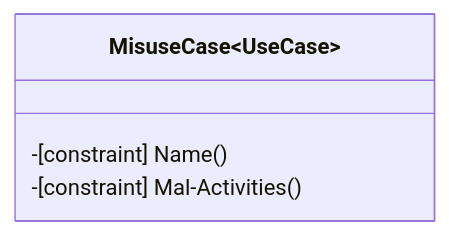
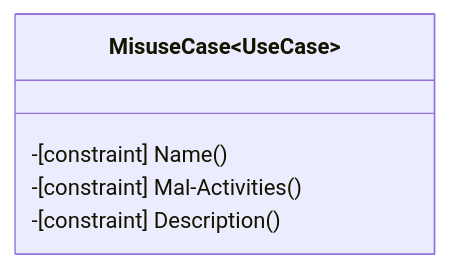
The fourth of 49 diagrams in Documentation/stereotypes.md (stuartfowler/CEMT), drawn with Mermaid before and after one commit. The commit also changed other lines of this file and 12 other files, not shown here.

````diff
--- a/Documentation/stereotypes.md
+++ b/Documentation/stereotypes.md
@@ -43,8 +43,9 @@
 ```mermaid
     classDiagram
         class MisuseCase~UseCase~ {      
             -[constraint] Name()
             -[constraint] Mal-Activities()
+            -[constraint] Description()
         }
         
 ```
````
